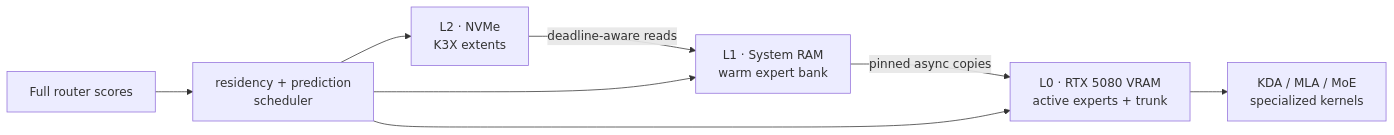
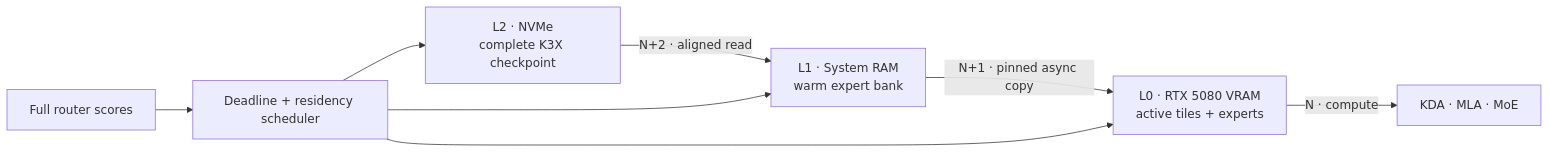
One commit to rsb1813/project-k3x changed the diagram in README.md. Above: the diagram before and after it, drawn with Mermaid. The commit also changed other lines of this file and 5 other files, not shown here.

````diff
--- a/README.md
+++ b/README.md
@@ -27,10 +24,10 @@
 ```mermaid
 flowchart LR
-    NVME["L2 · NVMe<br/>K3X extents"] -->|"deadline-aware reads"| RAM["L1 · System RAM<br/>warm expert bank"]
-    RAM -->|"pinned async copies"| VRAM["L0 · RTX 5080 VRAM<br/>active experts + trunk"]
-    VRAM --> GPU["KDA / MLA / MoE<br/>specialized kernels"]
-    ROUTER["Full router scores"] --> SCHED["residency + prediction<br/>scheduler"]
-    SCHED --> NVME
-    SCHED --> RAM
-    SCHED --> VRAM
+    L2["L2 · NVMe<br/>complete K3X checkpoint"] -->|"N+2 · aligned read"| L1["L1 · System RAM<br/>warm expert bank"]
+    L1 -->|"N+1 · pinned async copy"| L0["L0 · RTX 5080 VRAM<br/>active tiles + experts"]
+    L0 -->|"N · compute"| GPU["KDA · MLA · MoE"]
+    ROUTE["Full router scores"] --> PLAN["Deadline + residency scheduler"]
+    PLAN --> L2
+    PLAN --> L1
+    PLAN --> L0
 ```
````
